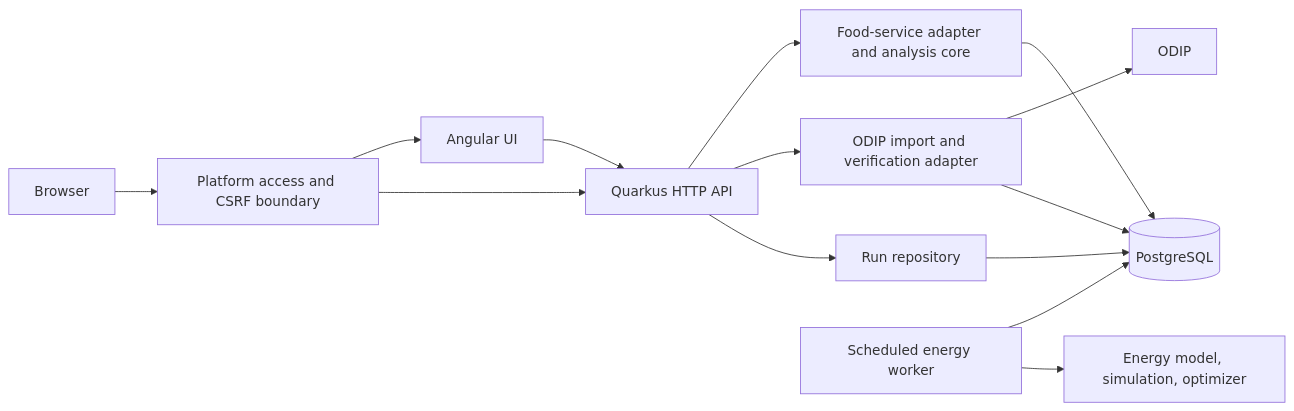
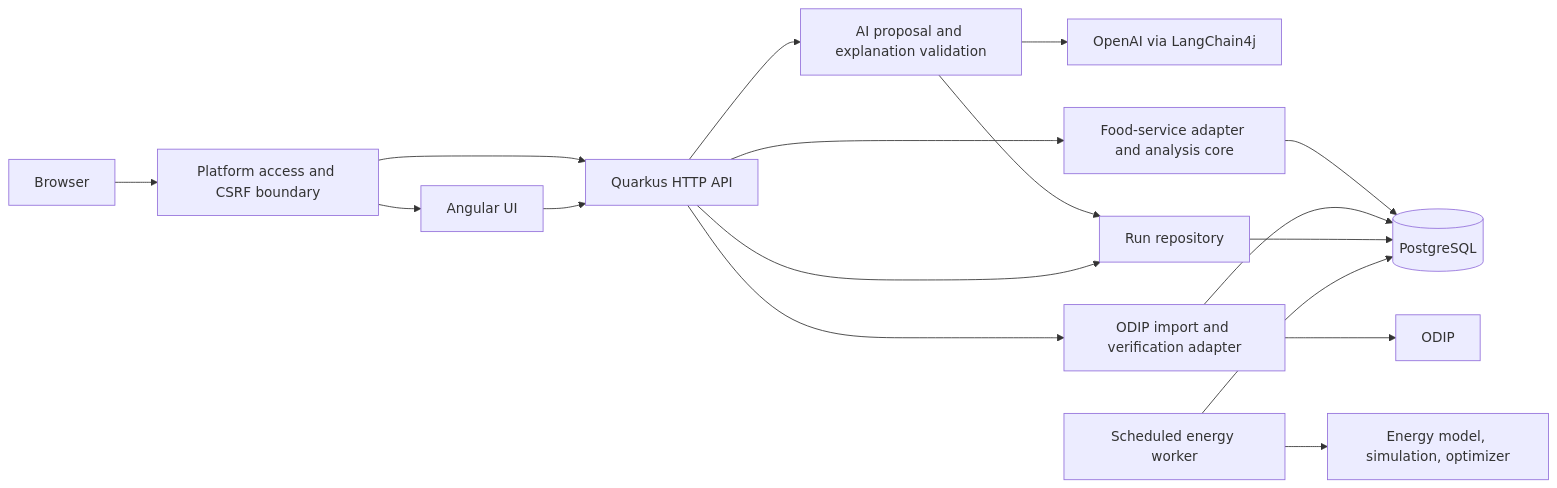
One commit to eseidinger/variability-engineering-framework changed the first of 3 diagrams in docs/02-architecture/system-model/runtime-model.md. Above: the diagram before and after it, drawn with Mermaid. The commit also changed other lines of this file and 14 other files, not shown here.

````diff
--- a/docs/02-architecture/system-model/runtime-model.md
+++ b/docs/02-architecture/system-model/runtime-model.md
@@ -16,16 +16,19 @@
 ```mermaid
 flowchart LR
     Browser[Browser] --> Platform[Platform access and CSRF boundary]
     Platform --> UI[Angular UI]
     Platform --> API[Quarkus HTTP API]
     UI --> API
+    API --> Assistance[AI proposal and explanation validation]
+    Assistance --> Provider[OpenAI via LangChain4j]
+    Assistance --> Runs
     API --> Food[Food-service adapter and analysis core]
     API --> Import[ODIP import and verification adapter]
     API --> Runs[Run repository]
     Import --> ODIP[ODIP]
     Food --> DB[(PostgreSQL)]
     Import --> DB
     Runs --> DB
     Worker[Scheduled energy worker] --> DB
     Worker --> Model[Energy model, simulation, optimizer]
 ```
````
